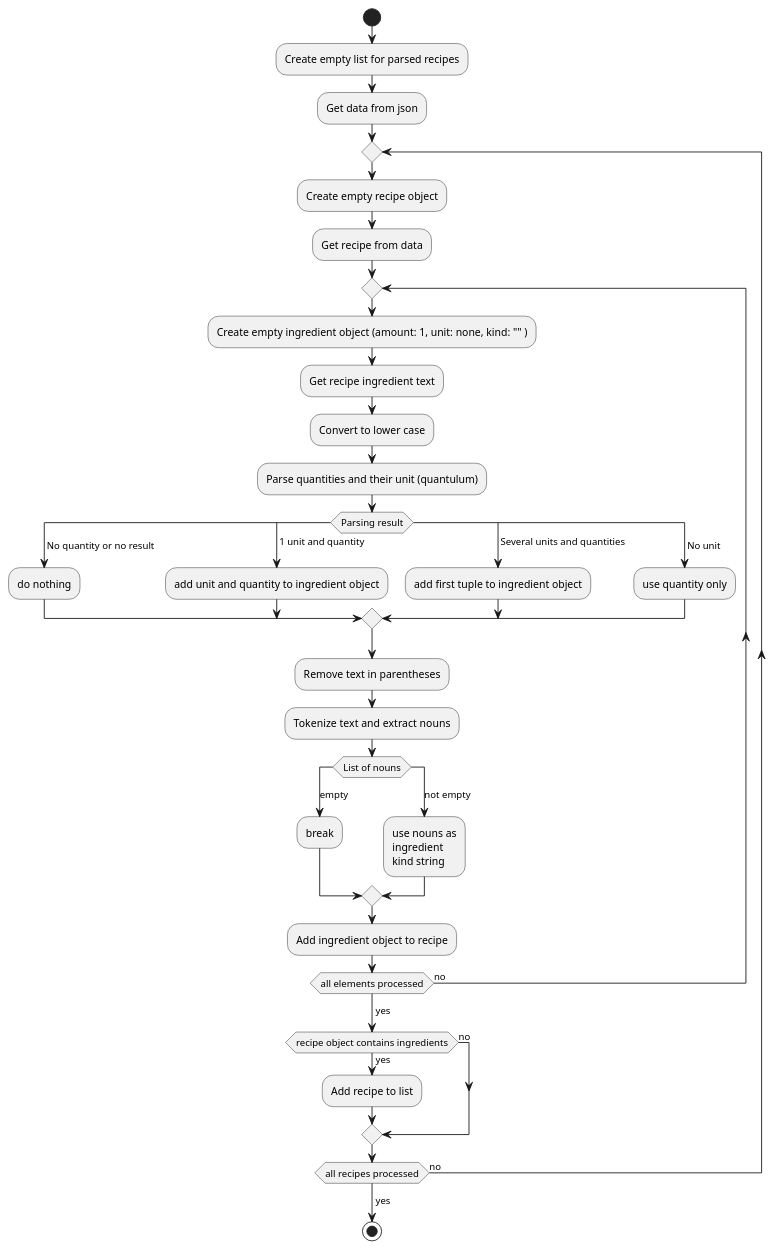
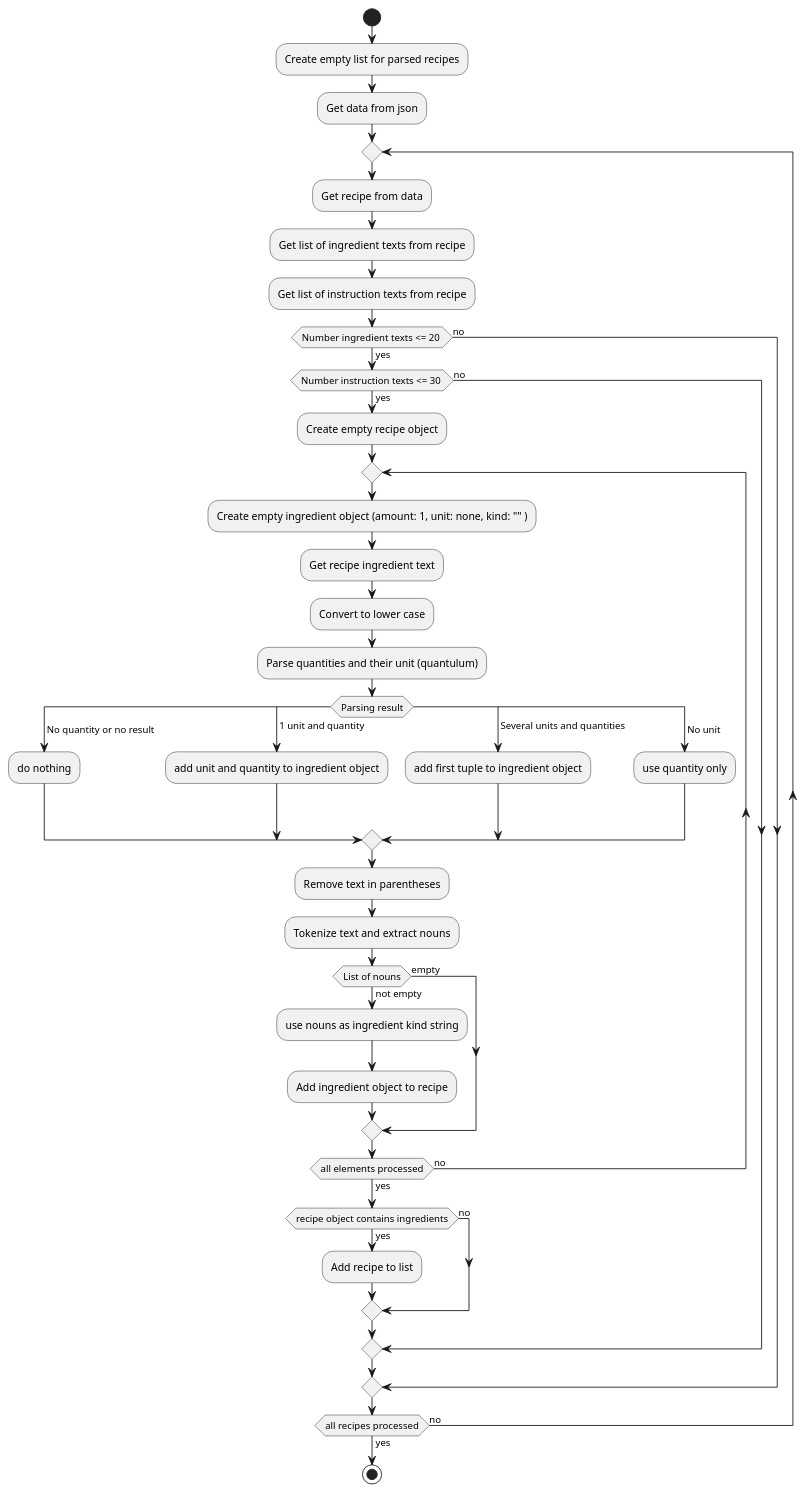
One commit to mscholl96/mad-recime changed the diagram in data/recipe1M/parser/parser.puml. Above: the diagram before and after it, drawn with PlantUML.

Commit message:
#12 Optimized puml

```diff
--- a/data/recipe1M/parser/parser.puml
+++ b/data/recipe1M/parser/parser.puml
@@ -1,43 +1,45 @@
 @startuml
 start
 :Create empty list for parsed recipes;
 :Get data from json;
 repeat
-    :Create empty recipe object;
     :Get recipe from data;
-    repeat
-        :Create empty ingredient object (amount: 1, unit: none, kind: "" );
-        :Get recipe ingredient text;
-        :Convert to lower case;
-        :Parse quantities and their unit (quantulum);
-        switch (Parsing result)
-            case ( No quantity or no result )
-                :do nothing;
-            case ( 1 unit and quantity )
-                :add unit and quantity to ingredient object;
-            case ( Several units and quantities) 
-                :add first tuple to ingredient object;
-            case ( No unit)
-                :use quantity only;
-        endswitch
-        :Remove text in parentheses;
-        :Tokenize text and extract nouns;
-        switch (List of nouns)
-            case (empty)
-                :break;
-            case (not empty)
-                :use nouns as 
-                ingredient 
-                kind string;
-        endswitch
-        :Add ingredient object to recipe;
-    repeat while (all elements processed) is (no)
-    -> yes;
-    if (recipe object contains ingredients) then (yes)
-        :Add recipe to list;
+    :Get list of ingredient texts from recipe;
+    :Get list of instruction texts from recipe;
+    if (Number ingredient texts <= 20 ) then (yes)
+        if (Number instruction texts <= 30 ) then (yes)
+            :Create empty recipe object;
+            repeat
+                :Create empty ingredient object (amount: 1, unit: none, kind: "" );
+                :Get recipe ingredient text;
+                :Convert to lower case;
+                :Parse quantities and their unit (quantulum);
+                switch (Parsing result)
+                    case ( No quantity or no result )
+                        :do nothing;
+                    case ( 1 unit and quantity )
+                        :add unit and quantity to ingredient object;
+                    case ( Several units and quantities) 
+                        :add first tuple to ingredient object;
+                    case ( No unit)
+                        :use quantity only;
+                endswitch
+                :Remove text in parentheses;
+                :Tokenize text and extract nouns;
+                if (List of nouns) then (empty)
+                else (not empty)
+                    :use nouns as ingredient kind string;
+                    :Add ingredient object to recipe;
+                endif
+            repeat while (all elements processed) is (no) not (yes)
+            if (recipe object contains ingredients) then (yes)
+                :Add recipe to list;
+            else (no)
+            endif
+            else (no)
+        endif
     else (no)
     endif
-repeat while (all recipes processed) is (no)
--> yes;
+repeat while (all recipes processed) is (no) not (yes)
 stop
 @enduml
```
